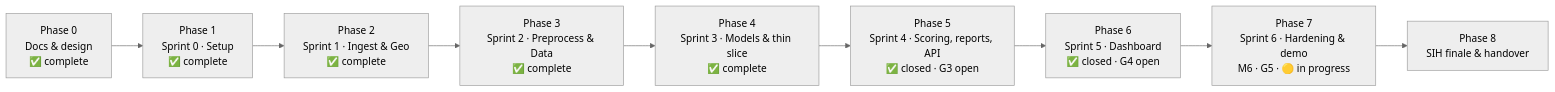
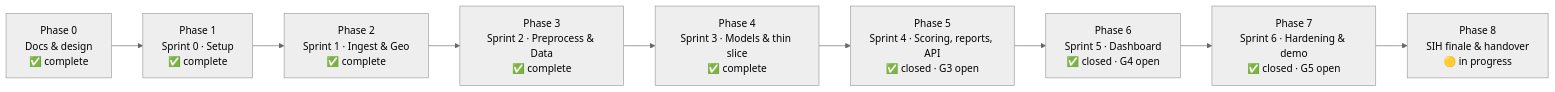
Before and after one commit to Kalyan14s/sonarsentinel: the diagram in TODO.md, drawn with Mermaid (neutral theme). The commit also changed other lines of this file and 88 other files, not shown here.

````diff
--- a/TODO.md
+++ b/TODO.md
@@ -18,11 +18,11 @@
 ```mermaid
 flowchart LR
     P0["Phase 0<br/>Docs & design<br/>✅ complete"] --> P1["Phase 1<br/>Sprint 0 · Setup<br/>✅ complete"]
     P1 --> P2["Phase 2<br/>Sprint 1 · Ingest & Geo<br/>✅ complete"]
     P2 --> P3["Phase 3<br/>Sprint 2 · Preprocess & Data<br/>✅ complete"]
     P3 --> P4["Phase 4<br/>Sprint 3 · Models & thin slice<br/>✅ complete"]
     P4 --> P5["Phase 5<br/>Sprint 4 · Scoring, reports, API<br/>✅ closed · G3 open"]
     P5 --> P6["Phase 6<br/>Sprint 5 · Dashboard<br/>✅ closed · G4 open"]
-    P6 --> P7["Phase 7<br/>Sprint 6 · Hardening & demo<br/>M6 · G5 · 🟡 in progress"]
-    P7 --> P8["Phase 8<br/>SIH finale & handover"]
+    P6 --> P7["Phase 7<br/>Sprint 6 · Hardening & demo<br/>✅ closed · G5 open"]
+    P7 --> P8["Phase 8<br/>SIH finale & handover<br/>🟡 in progress"]
 ```
````
